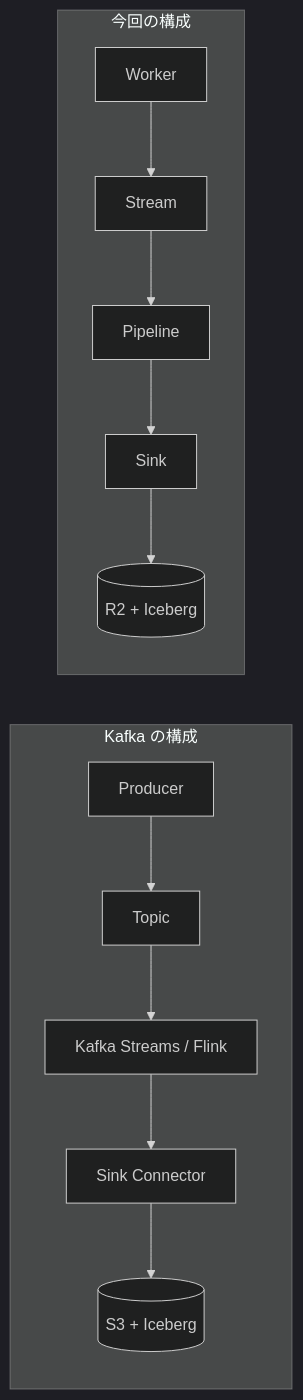
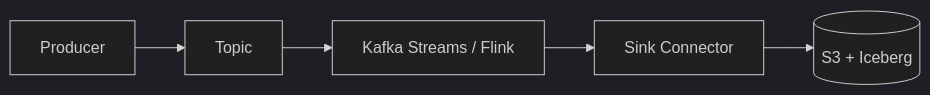
The second of 7 diagrams in architecture_flow.md (mutomasa/cloudflare_basin_iceberg), drawn with Mermaid (dark theme) before and after one commit. The commit also changed other lines of this file, not shown here.

First line of the commit message:
Make architecture diagrams readable when printed

````diff
--- a/architecture_flow.md
+++ b/architecture_flow.md
@@ -67,9 +69,4 @@
 ```mermaid
 flowchart LR
-    subgraph Kafka[Kafka の構成]
-        KP[Producer] --> KT[Topic] --> KS[Kafka Streams / Flink] --> KC[Sink Connector] --> KD[(S3 + Iceberg)]
-    end
-    subgraph CF[今回の構成]
-        W[Worker] --> S[Stream] --> P[Pipeline] --> K[Sink] --> R[(R2 + Iceberg)]
-    end
+    KP[Producer] --> KT[Topic] --> KS[Kafka Streams / Flink] --> KC[Sink Connector] --> KD[(S3 + Iceberg)]
 ```
````
